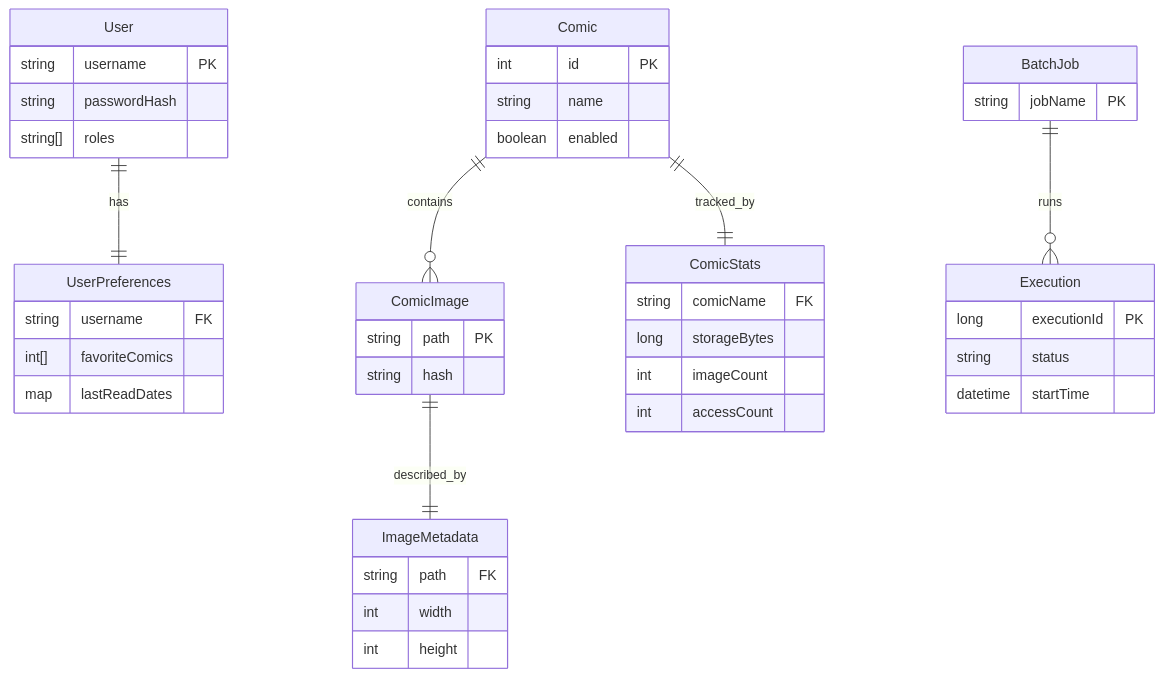
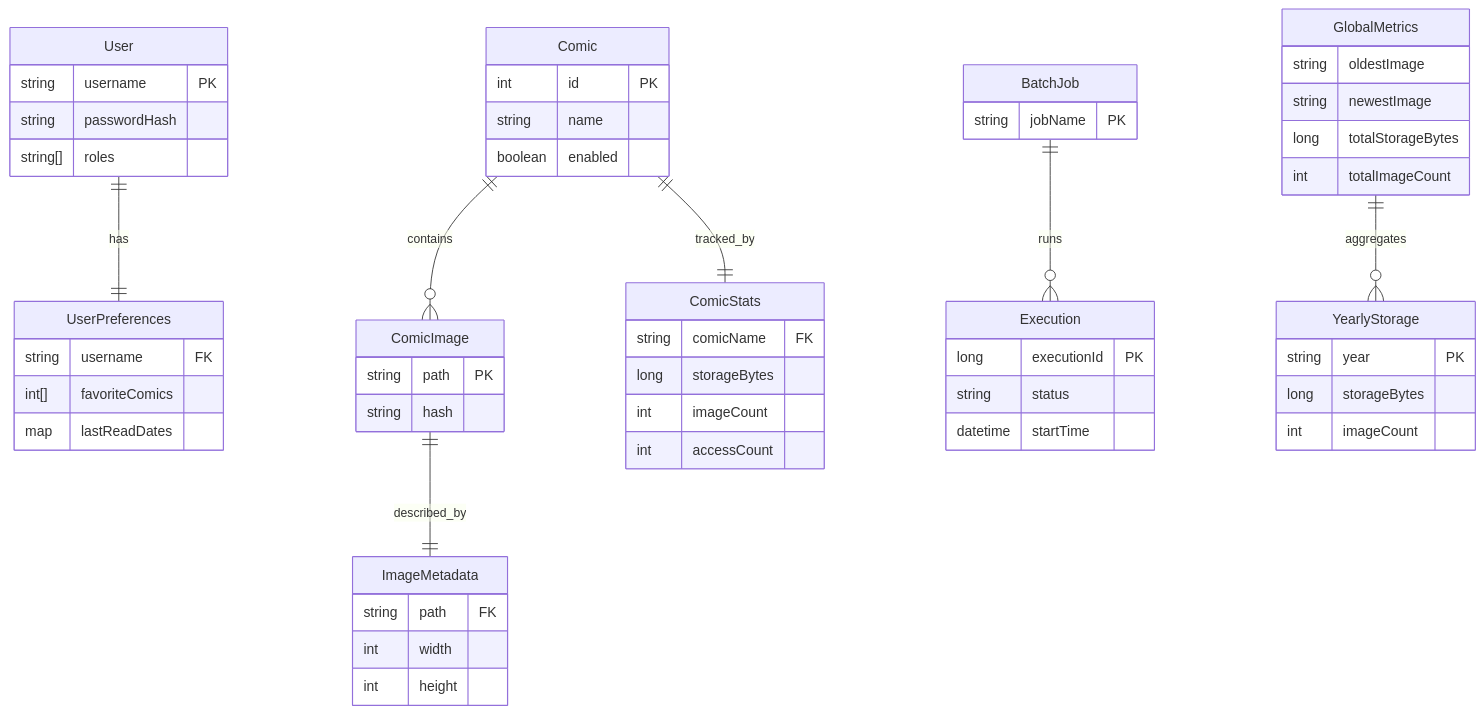
One commit to KKDad/ComicCacher changed the diagram in docs/storage-details.md. Above: the diagram before and after it, drawn with Mermaid. The commit also changed other lines of this file and 19 other files, not shown here.

Commit message:
feat: Refactor metrics storage with a new `MetricsRepository`, `GlobalMetrics`, and `YearlyStorageMetrics` DTOs, replacing the old `StatsWriter` infrastructure.

````diff
--- a/docs/storage-details.md
+++ b/docs/storage-details.md
@@ -19,46 +19,58 @@
 ```mermaid
 erDiagram
     User ||--|| UserPreferences : "has"
     User {
         string username PK
         string passwordHash
         string[] roles
     }
     UserPreferences {
         string username FK
         int[] favoriteComics
         map lastReadDates
     }
     Comic ||--o{ ComicImage : "contains"
     Comic ||--|| ComicStats : "tracked_by"
     Comic {
         int id PK
         string name
         boolean enabled
     }
     ComicStats {
         string comicName FK
         long storageBytes
         int imageCount
         int accessCount
     }
     ComicImage ||--|| ImageMetadata : "described_by"
     ComicImage {
         string path PK
         string hash
     }
     ImageMetadata {
         string path FK
         int width
         int height
     }
     BatchJob ||--o{ Execution : "runs"
     BatchJob {
         string jobName PK
     }
     Execution {
         long executionId PK
         string status
         datetime startTime
     }
+    GlobalMetrics ||--o{ YearlyStorage : "aggregates"
+    GlobalMetrics {
+        string oldestImage
+        string newestImage
+        long totalStorageBytes
+        int totalImageCount
+    }
+    YearlyStorage {
+        string year PK
+        long storageBytes
+        int imageCount
+    }
 ```
````
